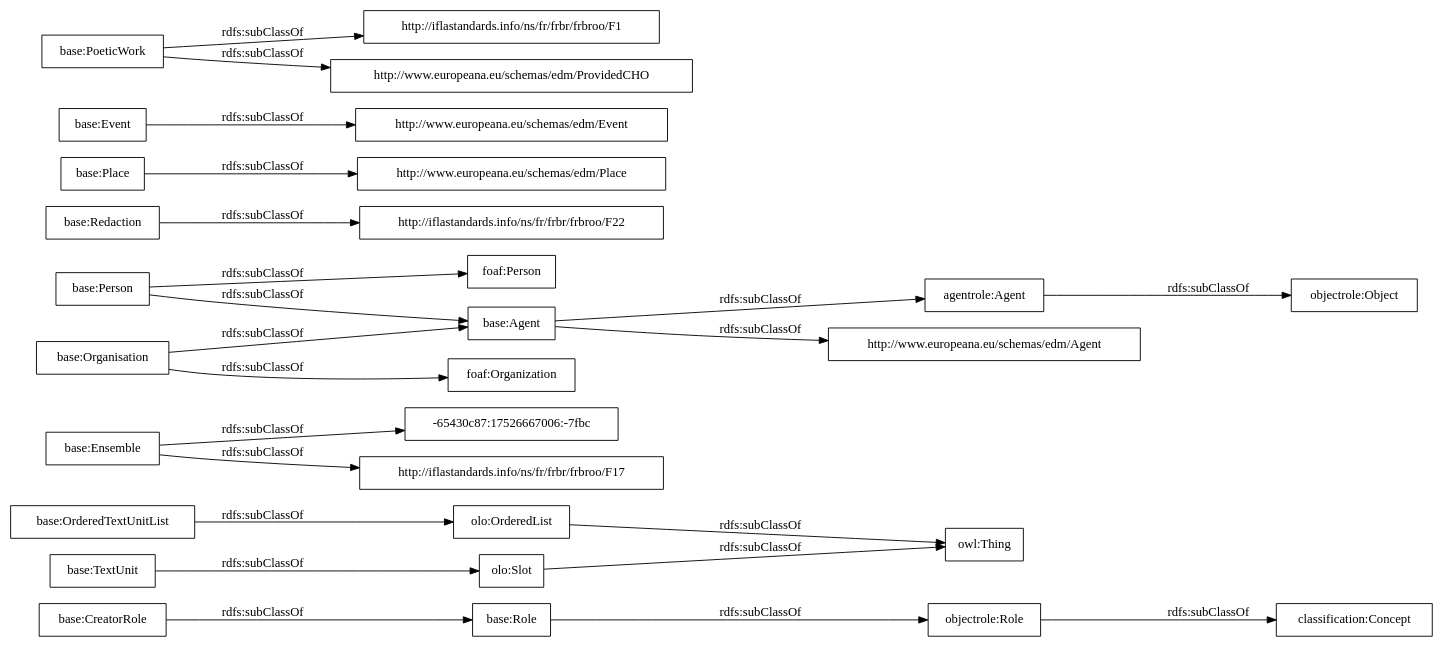
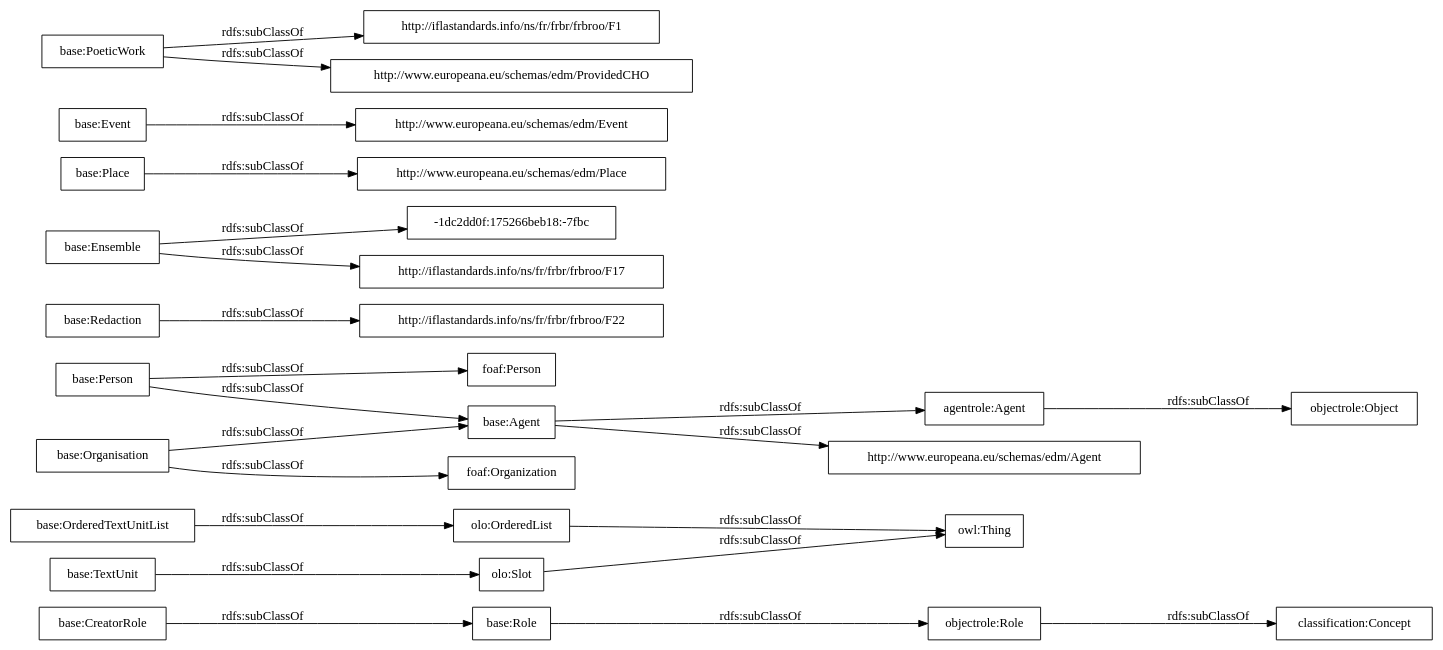
One commit to OnToologyUser/core-ontology-1 changed the diagram in OnToology/postdata-core.owl/diagrams/ar2dtool-taxonomy/postdata-core.owl.png.dot. Above: the diagram before and after it, drawn with Graphviz. The commit also changed 14 other files, not shown here.

```diff
--- a/OnToology/postdata-core.owl/diagrams/ar2dtool-taxonomy/postdata-core.owl.png.dot
+++ b/OnToology/postdata-core.owl/diagrams/ar2dtool-taxonomy/postdata-core.owl.png.dot
@@ -1,27 +1,27 @@
 digraph ar2dtool_diagram { 
 rankdir=LR;
 size="1000"
-node [shape = rectangle, color="black"]; "base:Role" "base:OrderedTextUnitList" "-65430c87:17526667006:-7fbc" "agentrole:Agent" "http://iflastandards.info/ns/fr/frbr/frbroo/F22" "http://www.europeana.eu/schemas/edm/Agent" "base:Agent" "base:CreatorRole" "base:Person" "base:Organisation" "http://www.europeana.eu/schemas/edm/Place" "base:Redaction" "base:Ensemble" "foaf:Person" "http://www.europeana.eu/schemas/edm/Event" "base:TextUnit" "http://iflastandards.info/ns/fr/frbr/frbroo/F1" "foaf:Organization" "http://www.europeana.eu/schemas/edm/ProvidedCHO" "base:Place" "base:Event" "base:PoeticWork" "http://iflastandards.info/ns/fr/frbr/frbroo/F17" "owl:Thing" "objectrole:Role" "objectrole:Object" "olo:Slot" "olo:OrderedList" "classification:Concept" ; /*classes style*/
+node [shape = rectangle, color="black"]; "base:Role" "base:OrderedTextUnitList" "agentrole:Agent" "http://iflastandards.info/ns/fr/frbr/frbroo/F22" "http://www.europeana.eu/schemas/edm/Agent" "base:Agent" "base:CreatorRole" "base:Person" "-1dc2dd0f:175266beb18:-7fbc" "base:Organisation" "http://www.europeana.eu/schemas/edm/Place" "base:Redaction" "base:Ensemble" "foaf:Person" "http://www.europeana.eu/schemas/edm/Event" "base:TextUnit" "http://iflastandards.info/ns/fr/frbr/frbroo/F1" "foaf:Organization" "http://www.europeana.eu/schemas/edm/ProvidedCHO" "base:Place" "base:Event" "base:PoeticWork" "http://iflastandards.info/ns/fr/frbr/frbroo/F17" "owl:Thing" "objectrole:Role" "objectrole:Object" "olo:Slot" "olo:OrderedList" "classification:Concept" ; /*classes style*/
 	"base:Redaction" -> "http://iflastandards.info/ns/fr/frbr/frbroo/F22" [ label = "rdfs:subClassOf" ];
 	"base:Role" -> "objectrole:Role" [ label = "rdfs:subClassOf" ];
 	"base:Event" -> "http://www.europeana.eu/schemas/edm/Event" [ label = "rdfs:subClassOf" ];
 	"base:Person" -> "foaf:Person" [ label = "rdfs:subClassOf" ];
 	"base:Person" -> "base:Agent" [ label = "rdfs:subClassOf" ];
 	"olo:OrderedList" -> "owl:Thing" [ label = "rdfs:subClassOf" ];
 	"olo:Slot" -> "owl:Thing" [ label = "rdfs:subClassOf" ];
 	"base:PoeticWork" -> "http://www.europeana.eu/schemas/edm/ProvidedCHO" [ label = "rdfs:subClassOf" ];
 	"base:PoeticWork" -> "http://iflastandards.info/ns/fr/frbr/frbroo/F1" [ label = "rdfs:subClassOf" ];
 	"base:TextUnit" -> "olo:Slot" [ label = "rdfs:subClassOf" ];
 	"agentrole:Agent" -> "objectrole:Object" [ label = "rdfs:subClassOf" ];
-	"base:Ensemble" -> "-65430c87:17526667006:-7fbc" [ label = "rdfs:subClassOf" ];
+	"base:Ensemble" -> "-1dc2dd0f:175266beb18:-7fbc" [ label = "rdfs:subClassOf" ];
 	"base:Ensemble" -> "http://iflastandards.info/ns/fr/frbr/frbroo/F17" [ label = "rdfs:subClassOf" ];
 	"base:OrderedTextUnitList" -> "olo:OrderedList" [ label = "rdfs:subClassOf" ];
 	"base:Agent" -> "agentrole:Agent" [ label = "rdfs:subClassOf" ];
 	"base:Agent" -> "http://www.europeana.eu/schemas/edm/Agent" [ label = "rdfs:subClassOf" ];
 	"objectrole:Role" -> "classification:Concept" [ label = "rdfs:subClassOf" ];
 	"base:Place" -> "http://www.europeana.eu/schemas/edm/Place" [ label = "rdfs:subClassOf" ];
 	"base:Organisation" -> "foaf:Organization" [ label = "rdfs:subClassOf" ];
 	"base:Organisation" -> "base:Agent" [ label = "rdfs:subClassOf" ];
 	"base:CreatorRole" -> "base:Role" [ label = "rdfs:subClassOf" ];
 
 }
```
